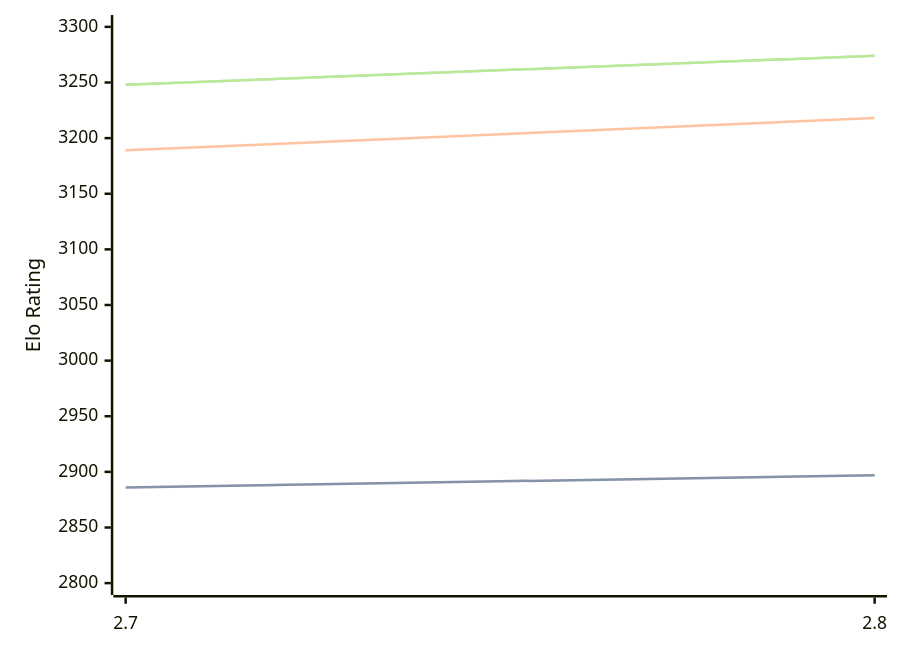
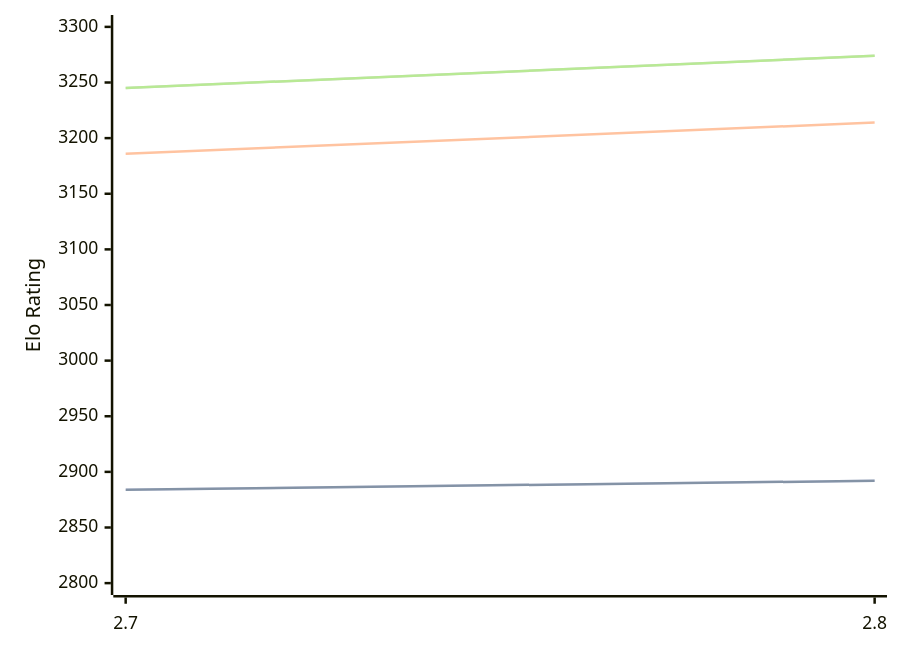
The diagram in engines/Arcanum.md (computer-chess-index/cci), drawn with Mermaid before and after one commit. The commit also changed other lines of this file, not shown here.

Commit message:
Update CCI Ratings (ELO VLTC) - 2026-06-08

````diff
--- a/engines/Arcanum.md
+++ b/engines/Arcanum.md
@@ -44,11 +44,11 @@
 ```mermaid
 %%{init: {"theme":"base","themeVariables":{"seriesColors:['#a3a3a3','#222221','#faa371']}}}%%
 xychart-beta
   x-axis ["2.7", "2.8"]
   y-axis "Elo Rating" 2800 --> 3300
-  line "STC (8.0+0.08s)" [2886, 2897]
-  line "STC (8.0+0.08s)" [2886, 2897]
-  line "LTC (60.0+0.60s)" [3189, 3218]
-  line "VLTC (2m24s+1.12s)" [3248, 3274]
-  line "VLTC (2m24s+1.12s)" [3248, 3274]
+  line "STC (8.0+0.08s)" [2884, 2892]
+  line "STC (8.0+0.08s)" [2884, 2892]
+  line "LTC (60.0+0.60s)" [3186, 3214]
+  line "VLTC (2m24s+1.12s)" [3245, 3274]
+  line "VLTC (2m24s+1.12s)" [3245, 3274]
 ```
````
